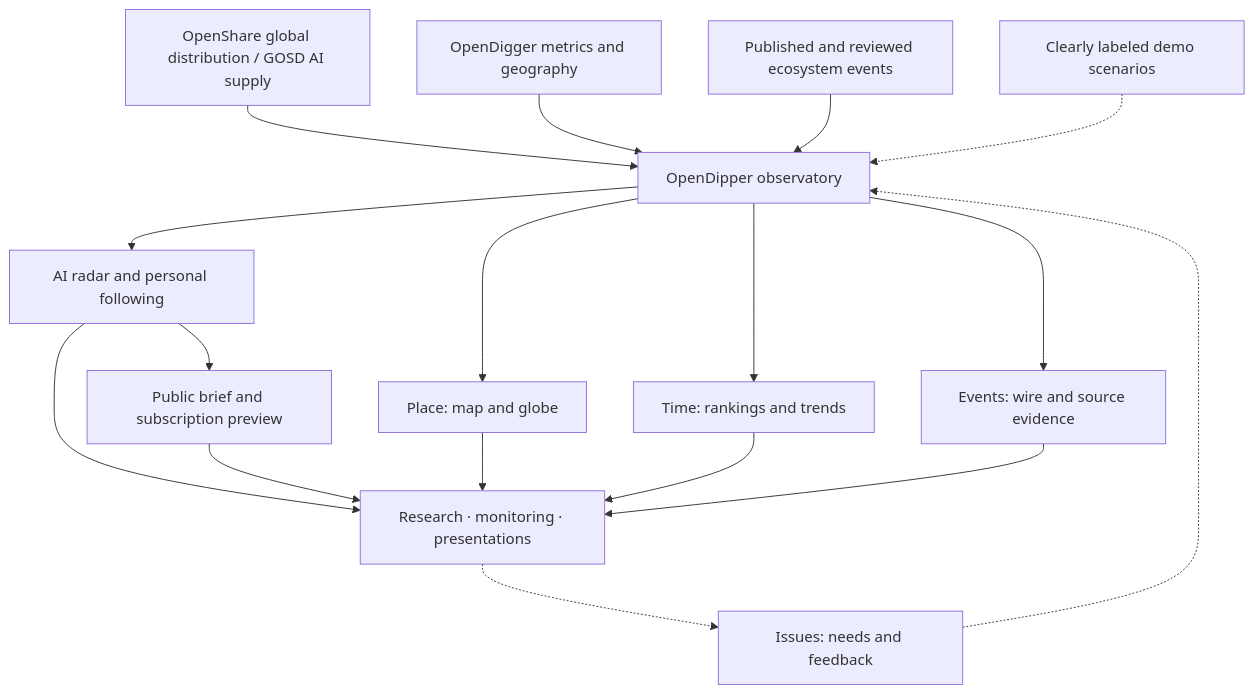
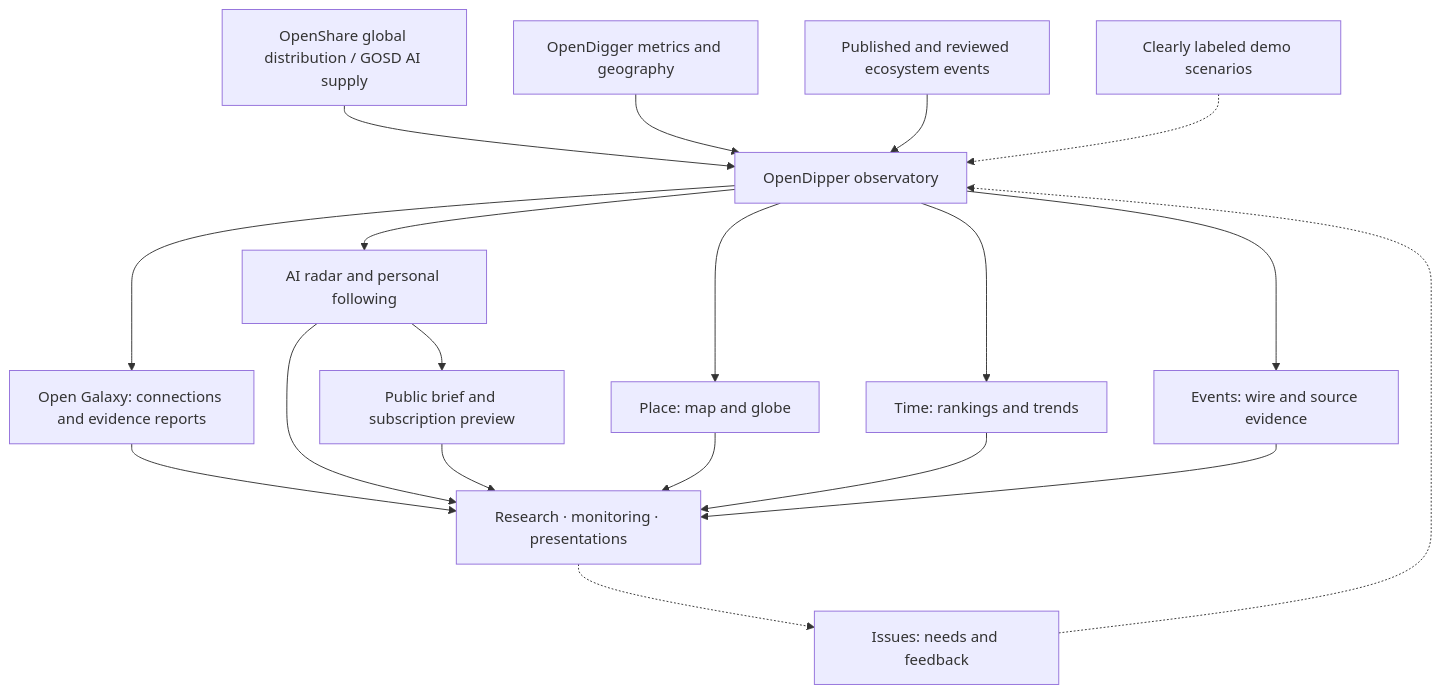
The first of 2 diagrams in README.md (X-lab2017/open-dipper), drawn with Mermaid before and after one commit. The commit also changed other lines of this file and 40 other files, not shown here.

````diff
--- a/README.md
+++ b/README.md
@@ -60,19 +81,21 @@
 ```mermaid
 flowchart TD
   GS["OpenShare global distribution / GOSD AI supply"] --> O
   M["OpenDigger metrics and geography"] --> O["OpenDipper observatory"]
   E["Published and reviewed ecosystem events"] --> O
   D["Clearly labeled demo scenarios"] -.-> O
   O --> G["Place: map and globe"]
   O --> T["Time: rankings and trends"]
   O --> W["Events: wire and source evidence"]
   O --> R["AI radar and personal following"]
+  O --> X["Open Galaxy: connections and evidence reports"]
+  X --> V
   R --> V
   R --> S["Public brief and subscription preview"]
   S --> V
   G --> V["Research · monitoring · presentations"]
   T --> V
   W --> V
   V -.-> I["Issues: needs and feedback"]
   I -.-> O
 ```
````
